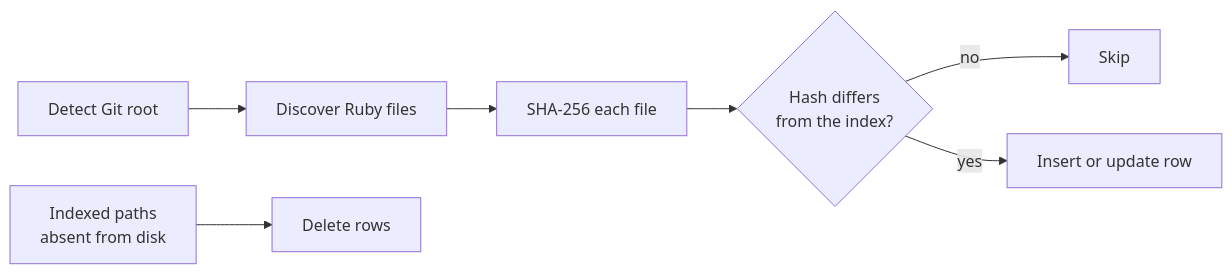
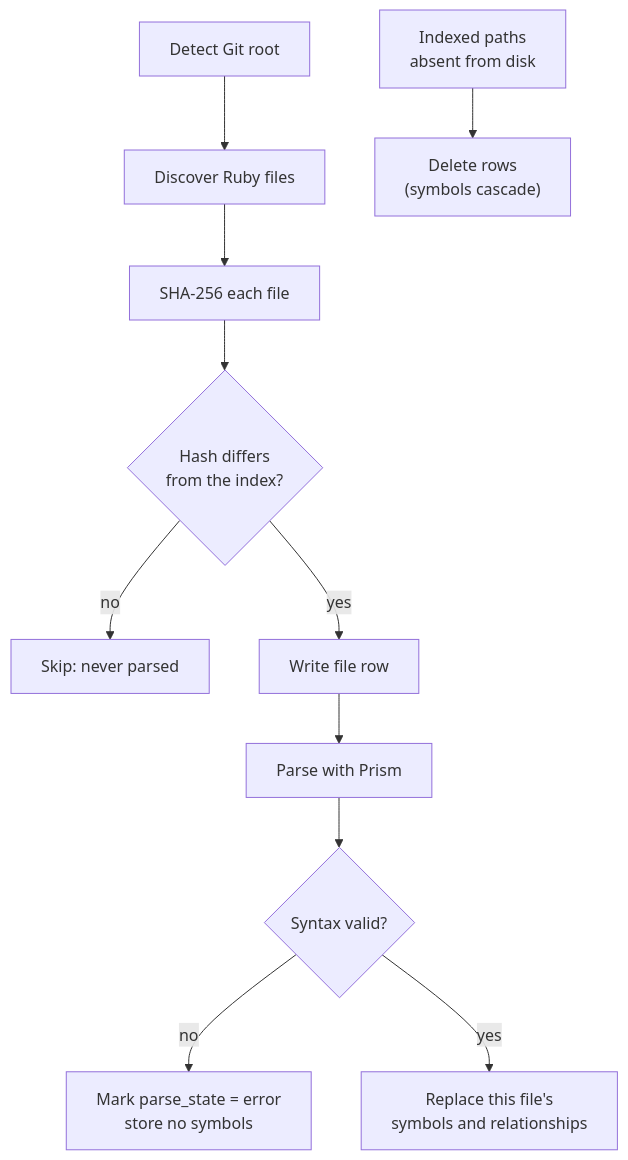
The second of 3 diagrams in README.md (bluerisss/devintel), drawn with Mermaid before and after one commit. The commit also changed other lines of this file and 51 other files, not shown here.

````diff
--- a/README.md
+++ b/README.md
@@ -117,9 +157,13 @@
 ```mermaid
-flowchart LR
+flowchart TD
     A["Detect Git root"] --> B["Discover Ruby files"]
     B --> C["SHA-256 each file"]
     C --> D{"Hash differs<br/>from the index?"}
-    D -- "no" --> E["Skip"]
-    D -- "yes" --> F["Insert or update row"]
-    G["Indexed paths<br/>absent from disk"] --> H["Delete rows"]
+    D -- "no" --> E["Skip: never parsed"]
+    D -- "yes" --> F["Write file row"]
+    F --> G["Parse with Prism"]
+    G --> H{"Syntax valid?"}
+    H -- "no" --> I["Mark parse_state = error<br/>store no symbols"]
+    H -- "yes" --> J["Replace this file's<br/>symbols and relationships"]
+    K["Indexed paths<br/>absent from disk"] --> L["Delete rows<br/>(symbols cascade)"]
 ```
````
